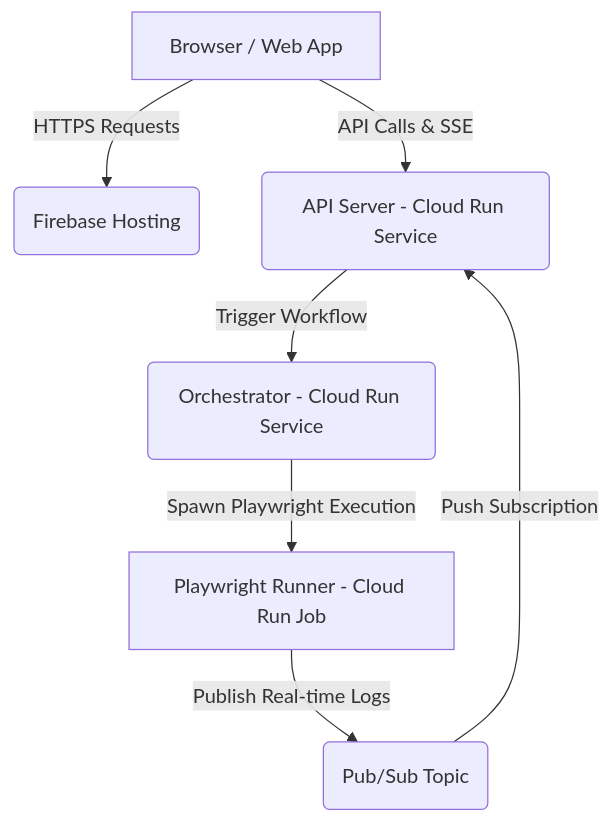
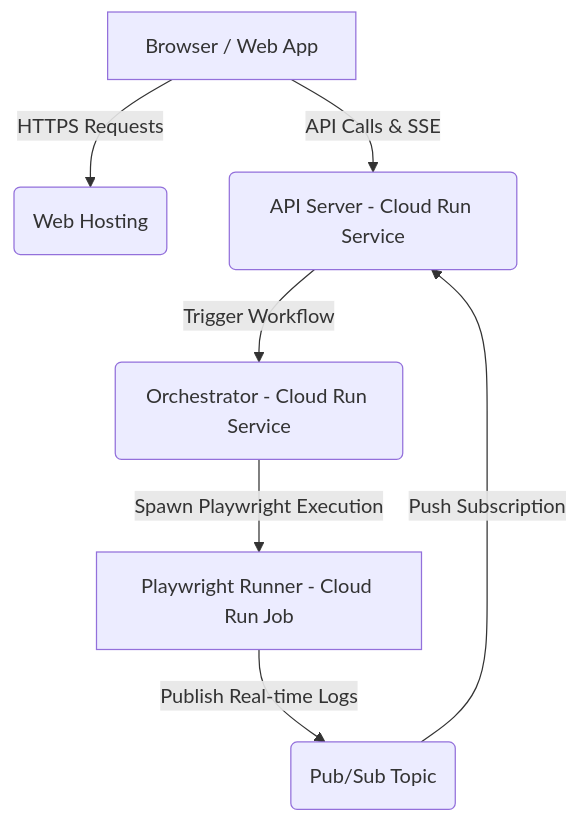
One commit to playrunner/playrunner changed the diagram in docs/docs/gcp-architecture.md. Above: the diagram before and after it, drawn with Mermaid. The commit also changed 56 other files, not shown here.

````diff
--- a/docs/docs/gcp-architecture.md
+++ b/docs/docs/gcp-architecture.md
@@ -16,9 +16,9 @@
 ```mermaid
 graph TD
-    A[Browser / Web App] -->|HTTPS Requests| B(Firebase Hosting)
+    A[Browser / Web App] -->|HTTPS Requests| B(Web Hosting)
     A -->|API Calls & SSE| C(API Server - Cloud Run Service)
     C -->|Trigger Workflow| D(Orchestrator - Cloud Run Service)
     D -->|Spawn Playwright Execution| E[Playwright Runner - Cloud Run Job]
     E -->|Publish Real-time Logs| F(Pub/Sub Topic)
     F -->|Push Subscription| C
 ```
````
